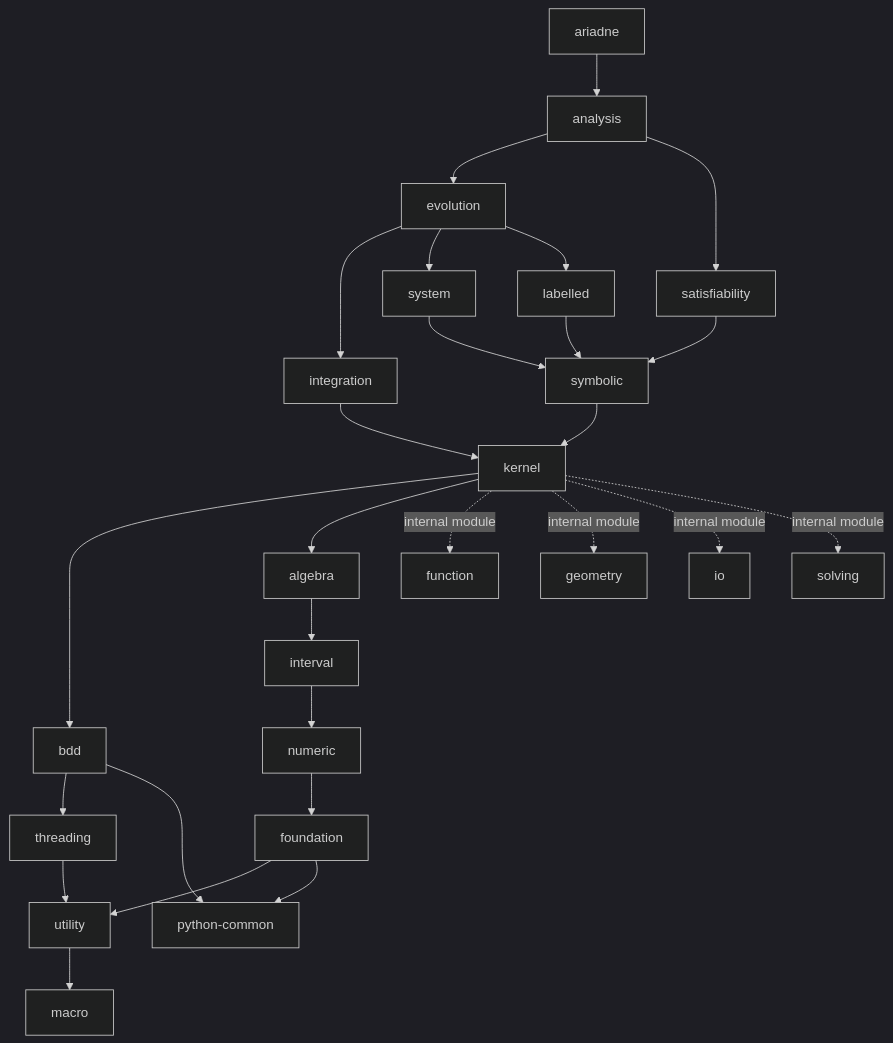
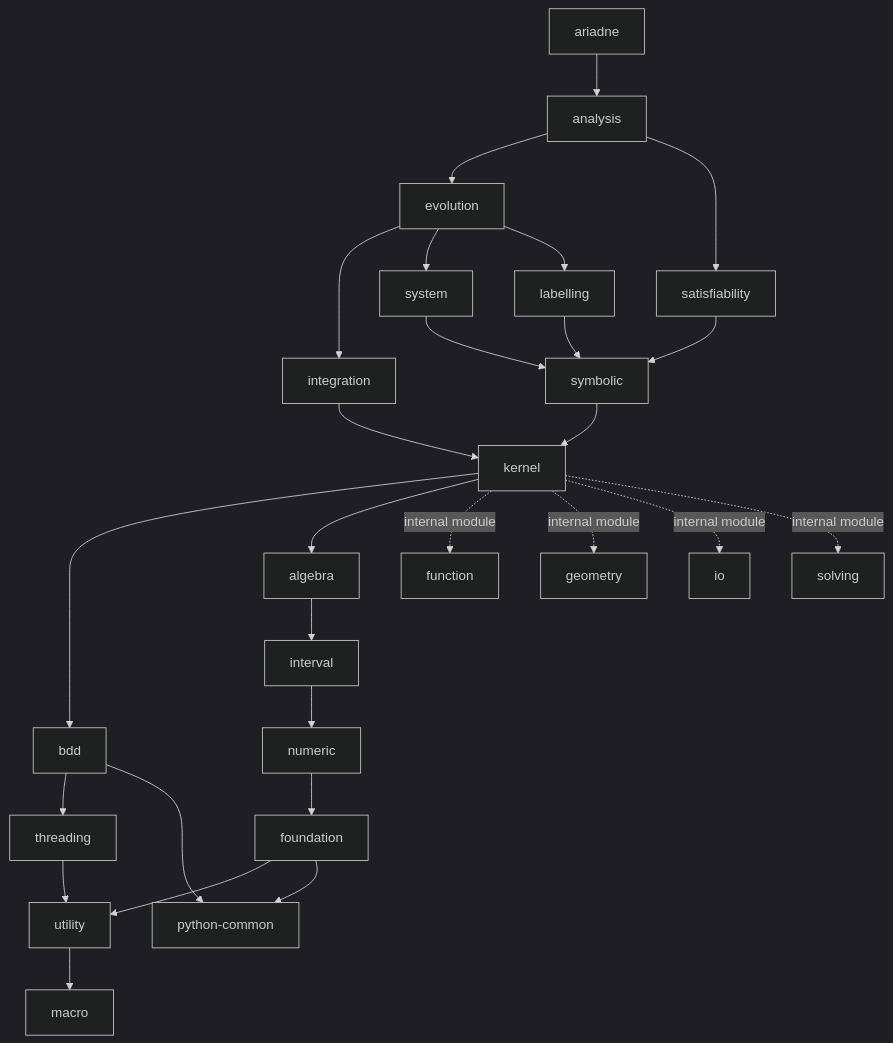
The diagram in doc/decoupling/structure.md (ariadne-cps/ariadne), drawn with Mermaid (dark theme) before and after one commit. The commit also changed other lines of this file, not shown here.

Commit message:
Rename labelled repository to labelling

````diff
--- a/doc/decoupling/structure.md
+++ b/doc/decoupling/structure.md
@@ -35,42 +35,42 @@
 ```mermaid
 graph TD
     ariadne --> analysis
 
     analysis --> evolution
     analysis --> satisfiability
 
     evolution --> integration
     evolution --> system
-    evolution --> labelled
+    evolution --> labelling
 
     integration --> kernel
 
     system --> symbolic
 
     satisfiability --> symbolic
 
-    labelled --> symbolic
+    labelling --> symbolic
 
     symbolic --> kernel
 
     kernel --> bdd
     kernel --> algebra
 
     kernel -. internal module .-> function
     kernel -. internal module .-> geometry
     kernel -. internal module .-> io
     kernel -. internal module .-> solving
 
     bdd --> threading
     bdd --> python_common["python-common"]
 
     threading --> utility
     utility --> macro
 
     algebra --> interval
     interval --> numeric
     numeric --> foundation
 
     foundation --> utility
     foundation --> python_common
 ```
````
